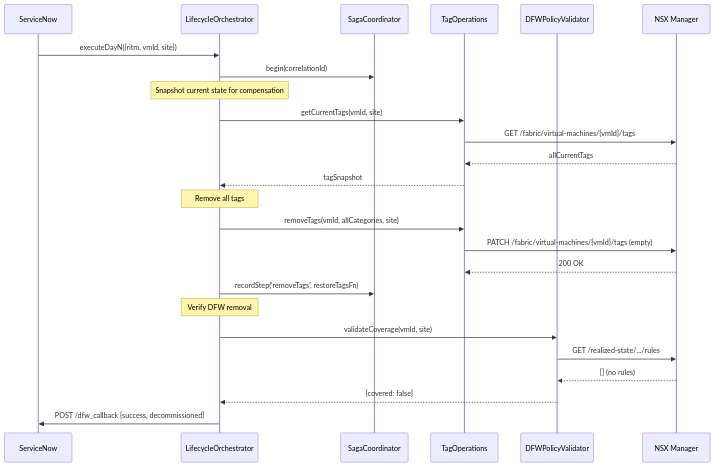
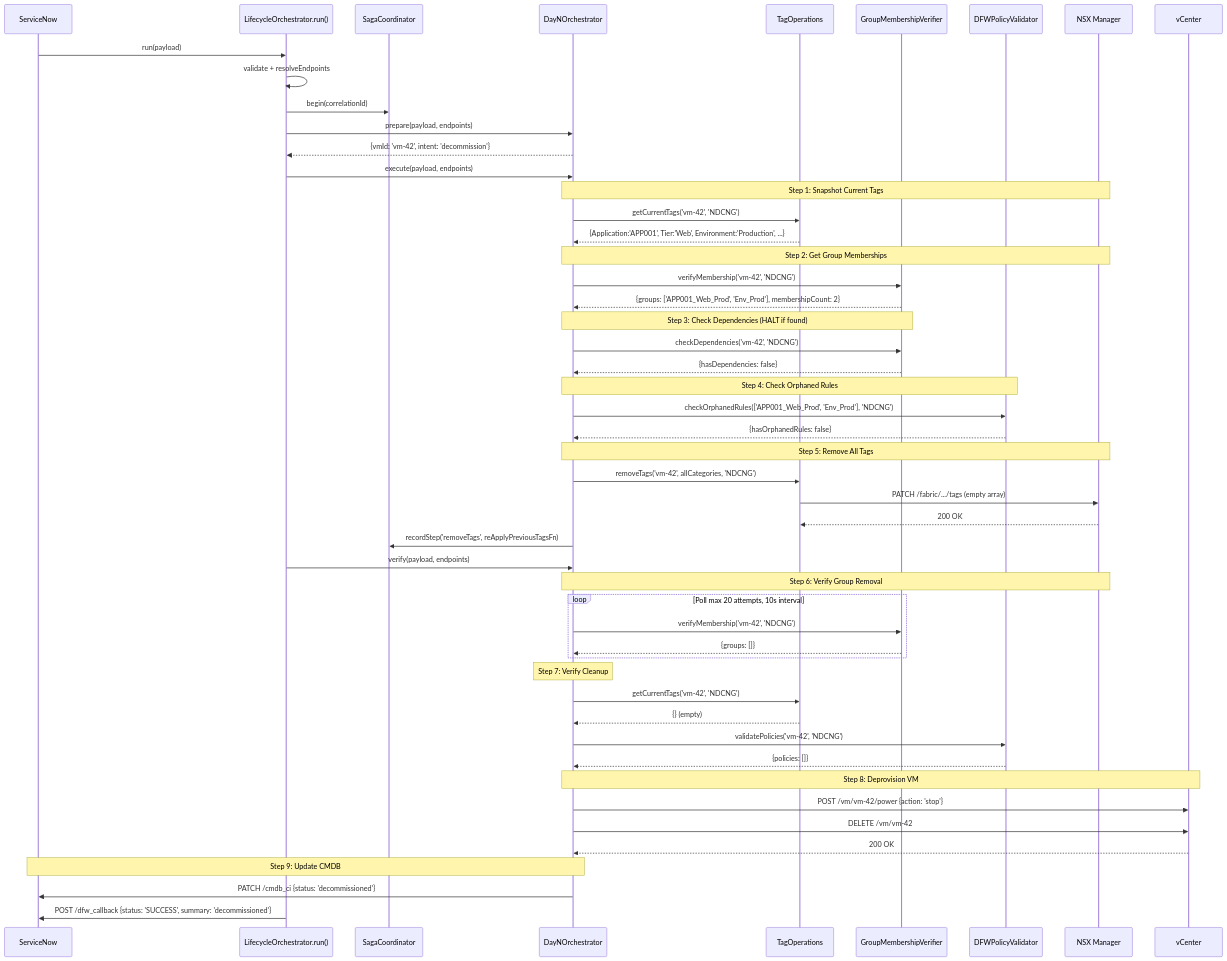
Before and after one commit to srikanth-nalam/dfw-automation-pipeline: the fourth of 10 diagrams in docs/LLD.md, drawn with Mermaid. The commit also changed other lines of this file and 5 other files, not shown here.

First line of the commit message:
feat: update schemas, OpenAPI spec, and docs for production alignment

````diff
--- a/docs/LLD.md
+++ b/docs/LLD.md
@@ -381,32 +1035,67 @@
 ```mermaid
 sequenceDiagram
-    participant Client as ServiceNow
-    participant Orch as LifecycleOrchestrator
+    participant SNOW as ServiceNow
+    participant VRO as LifecycleOrchestrator.run()
     participant Saga as SagaCoordinator
+    participant DN as DayNOrchestrator
     participant Tags as TagOperations
-    participant DFW as DFWPolicyValidator
+    participant GMV as GroupMembershipVerifier
+    participant DFWV as DFWPolicyValidator
     participant NSX as NSX Manager
+    participant VC as vCenter
 
-    Client->>Orch: executeDayN({ritm, vmId, site})
-    Orch->>Saga: begin(correlationId)
+    SNOW->>VRO: run(payload)
+    VRO->>VRO: validate + resolveEndpoints
+    VRO->>Saga: begin(correlationId)
 
-    Note over Orch: Snapshot current state for compensation
-    Orch->>Tags: getCurrentTags(vmId, site)
-    Tags->>NSX: GET /fabric/virtual-machines/{vmId}/tags
-    NSX-->>Tags: allCurrentTags
-    Tags-->>Orch: tagSnapshot
+    VRO->>DN: prepare(payload, endpoints)
+    DN-->>VRO: {vmId: 'vm-42', intent: 'decommission'}
 
-    Note over Orch: Remove all tags
-    Orch->>Tags: removeTags(vmId, allCategories, site)
-    Tags->>NSX: PATCH /fabric/virtual-machines/{vmId}/tags (empty)
+    VRO->>DN: execute(payload, endpoints)
+
+    Note over DN,NSX: Step 1: Snapshot Current Tags
+    DN->>Tags: getCurrentTags('vm-42', 'NDCNG')
+    Tags-->>DN: {Application:'APP001', Tier:'Web', Environment:'Production', ...}
+
+    Note over DN,NSX: Step 2: Get Group Memberships
+    DN->>GMV: verifyMembership('vm-42', 'NDCNG')
+    GMV-->>DN: {groups: ['APP001_Web_Prod', 'Env_Prod'], membershipCount: 2}
+
+    Note over DN,GMV: Step 3: Check Dependencies (HALT if found)
+    DN->>GMV: checkDependencies('vm-42', 'NDCNG')
+    GMV-->>DN: {hasDependencies: false}
+
+    Note over DN,DFWV: Step 4: Check Orphaned Rules
+    DN->>DFWV: checkOrphanedRules(['APP001_Web_Prod', 'Env_Prod'], 'NDCNG')
+    DFWV-->>DN: {hasOrphanedRules: false}
+
+    Note over DN,NSX: Step 5: Remove All Tags
+    DN->>Tags: removeTags('vm-42', allCategories, 'NDCNG')
+    Tags->>NSX: PATCH /fabric/.../tags (empty array)
     NSX-->>Tags: 200 OK
-    Orch->>Saga: recordStep('removeTags', restoreTagsFn)
+    DN->>Saga: recordStep('removeTags', reApplyPreviousTagsFn)
 
-    Note over Orch: Verify DFW removal
-    Orch->>DFW: validateCoverage(vmId, site)
-    DFW->>NSX: GET /realized-state/.../rules
-    NSX-->>DFW: [] (no rules)
-    DFW-->>Orch: {covered: false}
+    VRO->>DN: verify(payload, endpoints)
 
-    Orch->>Client: POST /dfw_callback {success, decommissioned}
+    Note over DN,NSX: Step 6: Verify Group Removal
+    loop Poll max 20 attempts, 10s interval
+        DN->>GMV: verifyMembership('vm-42', 'NDCNG')
+        GMV-->>DN: {groups: []}
+    end
+
+    Note over DN: Step 7: Verify Cleanup
+    DN->>Tags: getCurrentTags('vm-42', 'NDCNG')
+    Tags-->>DN: {} (empty)
+    DN->>DFWV: validatePolicies('vm-42', 'NDCNG')
+    DFWV-->>DN: {policies: []}
+
+    Note over DN,VC: Step 8: Deprovision VM
+    DN->>VC: POST /vm/vm-42/power {action: 'stop'}
+    DN->>VC: DELETE /vm/vm-42
+    VC-->>DN: 200 OK
+
+    Note over DN,SNOW: Step 9: Update CMDB
+    DN->>SNOW: PATCH /cmdb_ci {status: 'decommissioned'}
+
+    VRO->>SNOW: POST /dfw_callback {status: 'SUCCESS', summary: 'decommissioned'}
 ```
````
